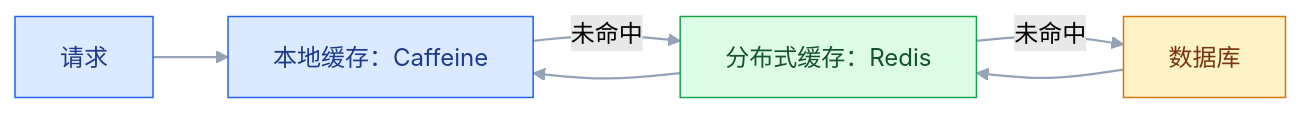
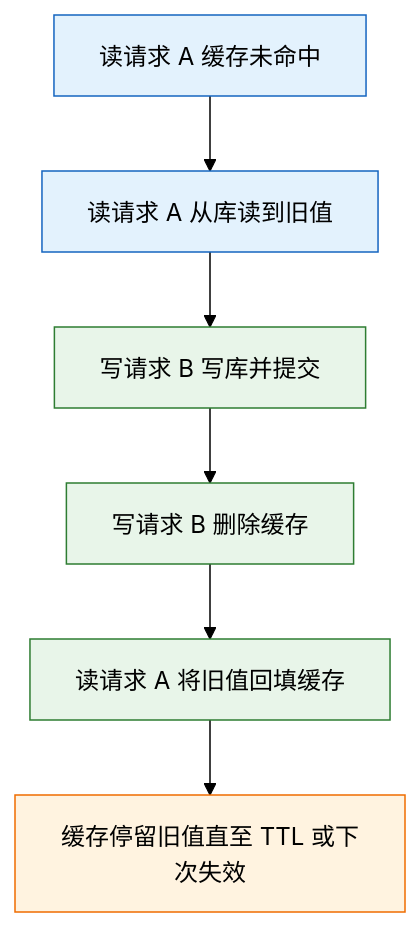
Before and after one commit to jimbosuper/studynotes: the second of 3 diagrams in blog/src/notes/03-架构/04-容量与高可用/02-缓存与数据扩展.md, drawn with Mermaid (forest theme). The commit also changed other lines of this file and 367 other files, not shown here.

````diff
--- a/blog/src/notes/03-架构/04-容量与高可用/02-缓存与数据扩展.md
+++ b/blog/src/notes/03-架构/04-容量与高可用/02-缓存与数据扩展.md
@@ -86,13 +133,14 @@
 ```mermaid
-flowchart LR
-    classDef l1 fill:#DBEAFE,stroke:#2563EB,color:#1E3A8A
-    classDef l2 fill:#DCFCE7,stroke:#16A34A,color:#14532D
-    classDef db fill:#FEF3C7,stroke:#D97706,color:#78350F
-
-    A["请求"]:::l1 --> B["本地缓存：Caffeine"]:::l1
-    B -->|"未命中"| C["分布式缓存：Redis"]:::l2
-    C -->|"未命中"| D["数据库"]:::db
-    D --> C
-    C --> B
-    linkStyle default stroke:#94A3B8,stroke-width:1.5px
+flowchart TD
+    A["读请求 A 缓存未命中"] --> B["读请求 A 从库读到旧值"]
+    B --> C["写请求 B 写库并提交"]
+    C --> D["写请求 B 删除缓存"]
+    D --> E["读请求 A 将旧值回填缓存"]
+    E --> F["缓存停留旧值直至 TTL 或下次失效"]
+    classDef client fill:#e3f2fd,stroke:#1565c0;
+    classDef engine fill:#e8f5e9,stroke:#2e7d32;
+    classDef image fill:#fff3e0,stroke:#ef6c00;
+    class A,B client
+    class C,D,E engine
+    class F image
 ```
````
